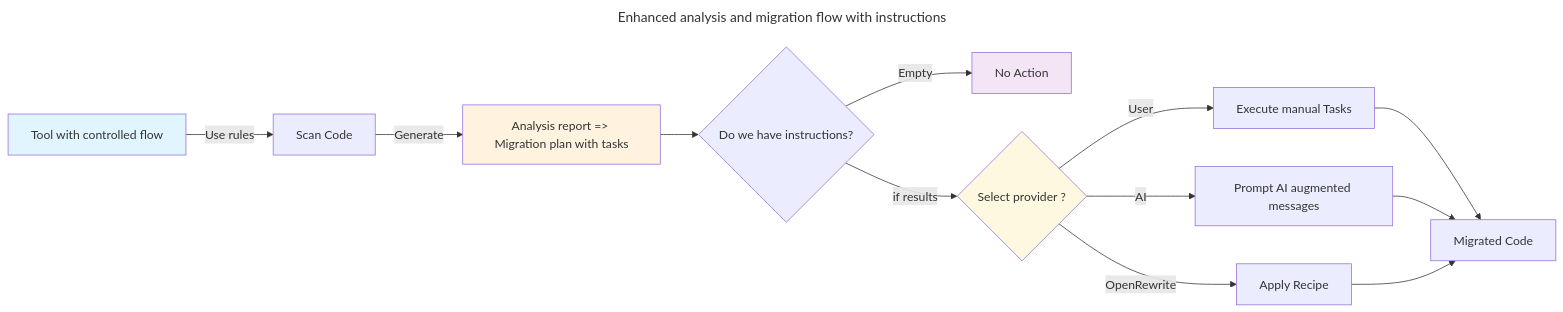
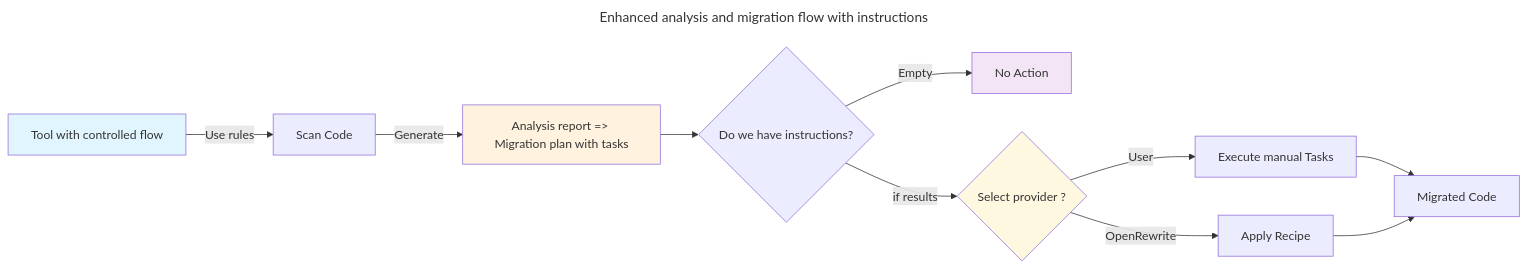
Before and after one commit to snowdrop/migration-tool: the second of 2 diagrams in README.md, drawn with Mermaid. The commit also changed other lines of this file and 129 other files, not shown here.

````diff
--- a/README.md
+++ b/README.md
@@ -51,22 +50,20 @@
 ```mermaid
 ---
 title: Enhanced analysis and migration flow with instructions
 ---
 flowchart LR
     A[Tool with controlled flow] --> |Use rules|B[Scan Code]
     B --> |Generate|C[Analysis report => Migration plan with tasks]
     C --> D{Do we have instructions?}
     D -->|Empty|E[No Action]
     D -->|if results|F{Select provider ?}
     F -->|User|G[Execute manual Tasks]
-    F -->|AI|H[Prompt AI augmented messages]
     F -->|OpenRewrite|I[Apply Recipe]
     G --> J[Migrated Code]
-    H --> J
     I --> J
 
     style A fill:#e1f5fe
     style C fill:#fff3e0
     style E fill:#f3e5f5
     style F fill:#fff8e1 
 ```
````
